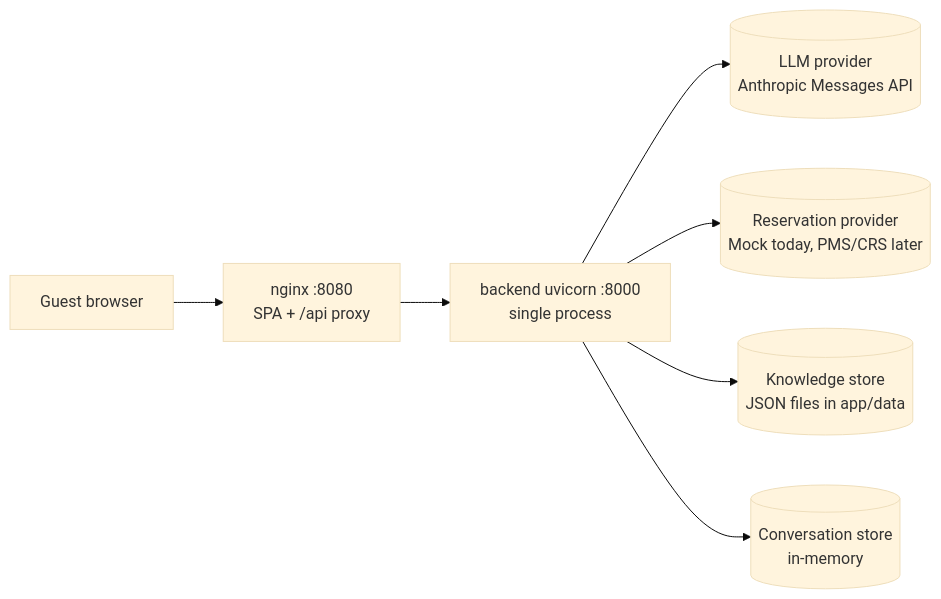
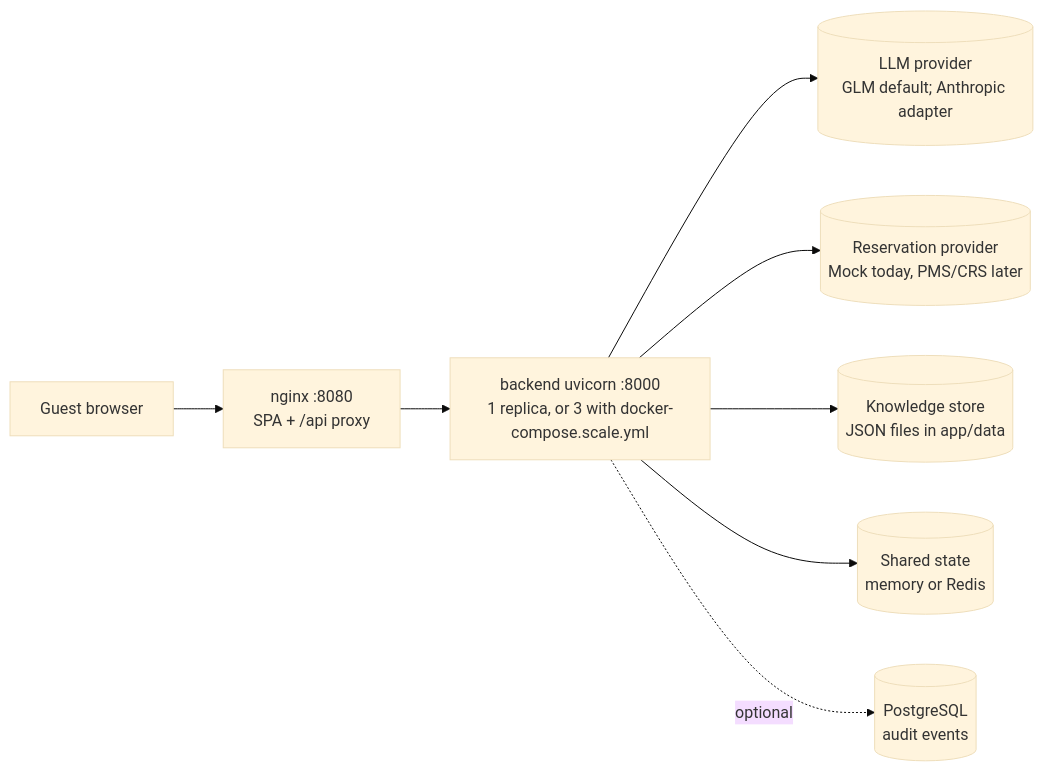
One commit to chandu0580/simplotel-agent changed the diagram in docs/SRE.md. Above: the diagram before and after it, drawn with Mermaid (base theme). The commit also changed other lines of this file and 112 other files, not shown here.

````diff
--- a/docs/SRE.md
+++ b/docs/SRE.md
@@ -19,9 +20,10 @@
 ```mermaid
 flowchart LR
   G[Guest browser] --> N[nginx :8080<br/>SPA + /api proxy]
-  N --> B[backend uvicorn :8000<br/>single process]
-  B --> L[(LLM provider<br/>Anthropic Messages API)]
+  N --> B[backend uvicorn :8000<br/>1 replica, or 3 with docker-compose.scale.yml]
+  B --> L[(LLM provider<br/>GLM default; Anthropic adapter)]
   B --> R[(Reservation provider<br/>Mock today, PMS/CRS later)]
   B --> K[(Knowledge store<br/>JSON files in app/data)]
-  B --> C[(Conversation store<br/>in-memory)]
+  B --> C[(Shared state<br/>memory or Redis)]
+  B -. optional .-> P[(PostgreSQL<br/>audit events)]
 ```
````
